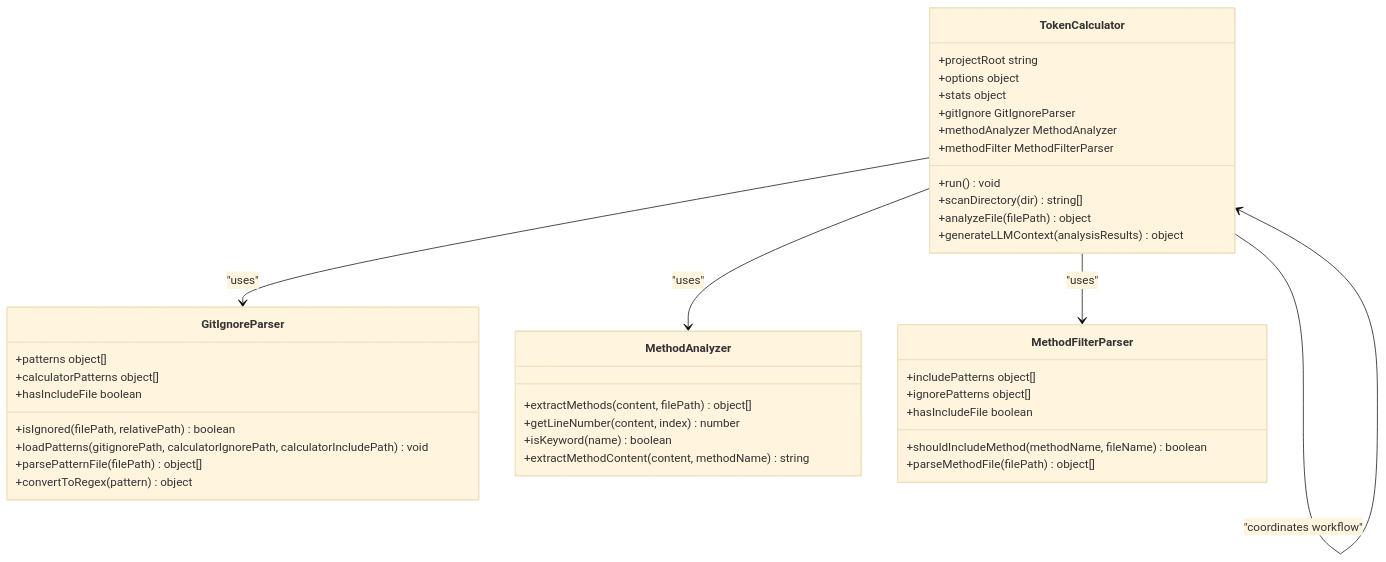
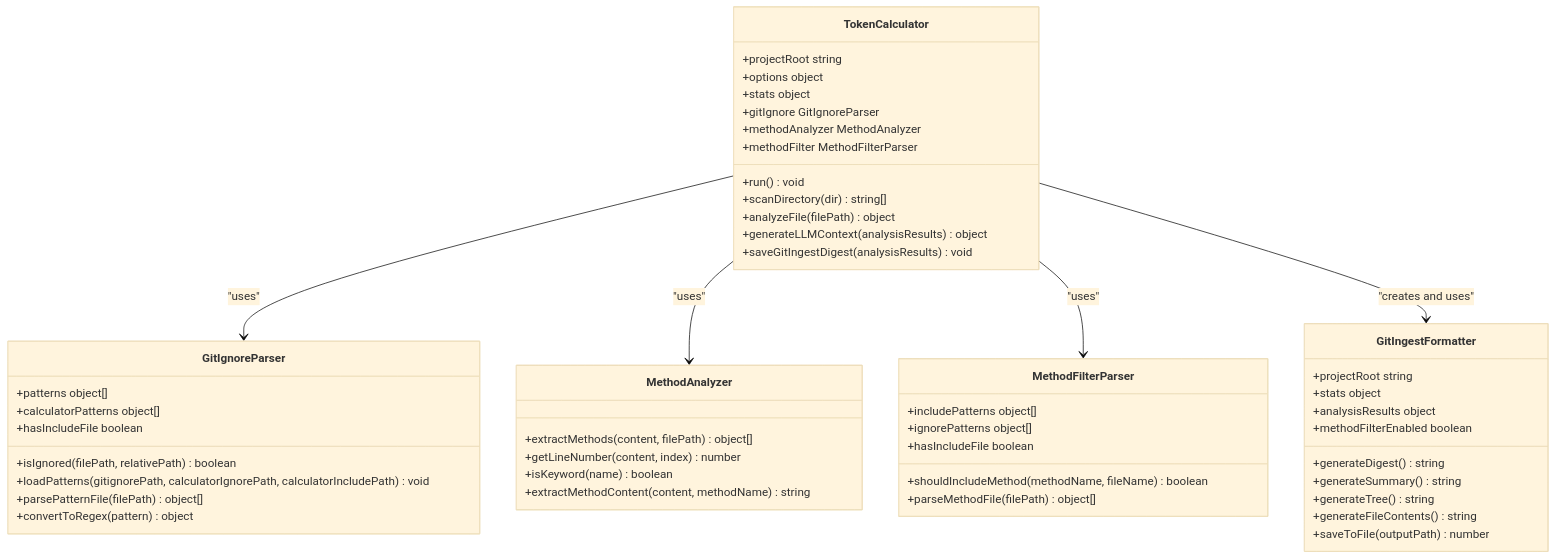
Before and after one commit to hakkisagdic/context-manager: the first of 7 diagrams in docs/content-en/Tool Overview & Core Value.md, drawn with Mermaid (base theme). The commit also changed other lines of this file and 51 other files, not shown here.

````diff
--- a/docs/content-en/Tool Overview & Core Value.md
+++ b/docs/content-en/Tool Overview & Core Value.md
@@ -42,41 +54,53 @@
 ```mermaid
 classDiagram
 class TokenCalculator {
 +projectRoot string
 +options object
 +stats object
 +gitIgnore GitIgnoreParser
 +methodAnalyzer MethodAnalyzer
 +methodFilter MethodFilterParser
 +run() void
 +scanDirectory(dir) string[]
 +analyzeFile(filePath) object
 +generateLLMContext(analysisResults) object
++saveGitIngestDigest(analysisResults) void
 }
 class GitIgnoreParser {
 +patterns object[]
 +calculatorPatterns object[]
 +hasIncludeFile boolean
 +isIgnored(filePath, relativePath) boolean
 +loadPatterns(gitignorePath, calculatorIgnorePath, calculatorIncludePath) void
 +parsePatternFile(filePath) object[]
 +convertToRegex(pattern) object
 }
 class MethodAnalyzer {
 +extractMethods(content, filePath) object[]
 +getLineNumber(content, index) number
 +isKeyword(name) boolean
 +extractMethodContent(content, methodName) string
 }
 class MethodFilterParser {
 +includePatterns object[]
 +ignorePatterns object[]
 +hasIncludeFile boolean
 +shouldIncludeMethod(methodName, fileName) boolean
 +parseMethodFile(filePath) object[]
 }
+class GitIngestFormatter {
++projectRoot string
++stats object
++analysisResults object
++methodFilterEnabled boolean
++generateDigest() string
++generateSummary() string
++generateTree() string
++generateFileContents() string
++saveToFile(outputPath) number
+}
 TokenCalculator --> GitIgnoreParser : "uses"
 TokenCalculator --> MethodAnalyzer : "uses"
 TokenCalculator --> MethodFilterParser : "uses"
-TokenCalculator --> TokenCalculator : "coordinates workflow"
+TokenCalculator --> GitIngestFormatter : "creates and uses"
 ```
````
